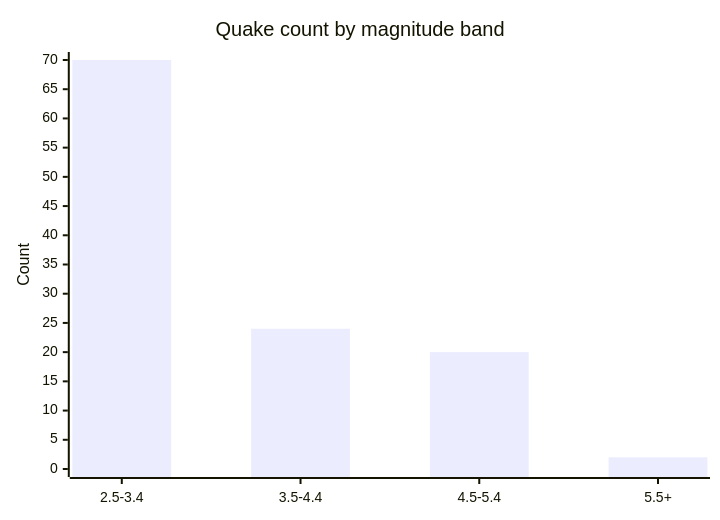
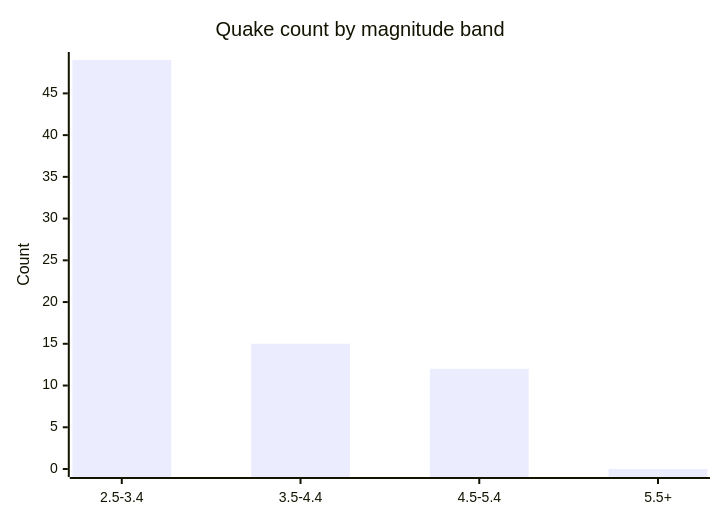
One commit to Midwest-Stratospheric/aerostratospheric-defense-gir changed the fifth of 6 diagrams in docs/GRAPHS.md. Above: the diagram before and after it, drawn with Mermaid. The commit also changed other lines of this file and 24 other files, not shown here.

````diff
--- a/docs/GRAPHS.md
+++ b/docs/GRAPHS.md
@@ -82,7 +82,7 @@
 ```mermaid
 xychart-beta
   title "Quake count by magnitude band"
   x-axis ["2.5-3.4", "3.5-4.4", "4.5-5.4", "5.5+"]
-  y-axis "Count" 0 --> 70
-  bar [70, 24, 20, 2]
+  y-axis "Count" 0 --> 49
+  bar [49, 15, 12, 0]
 ```
````
